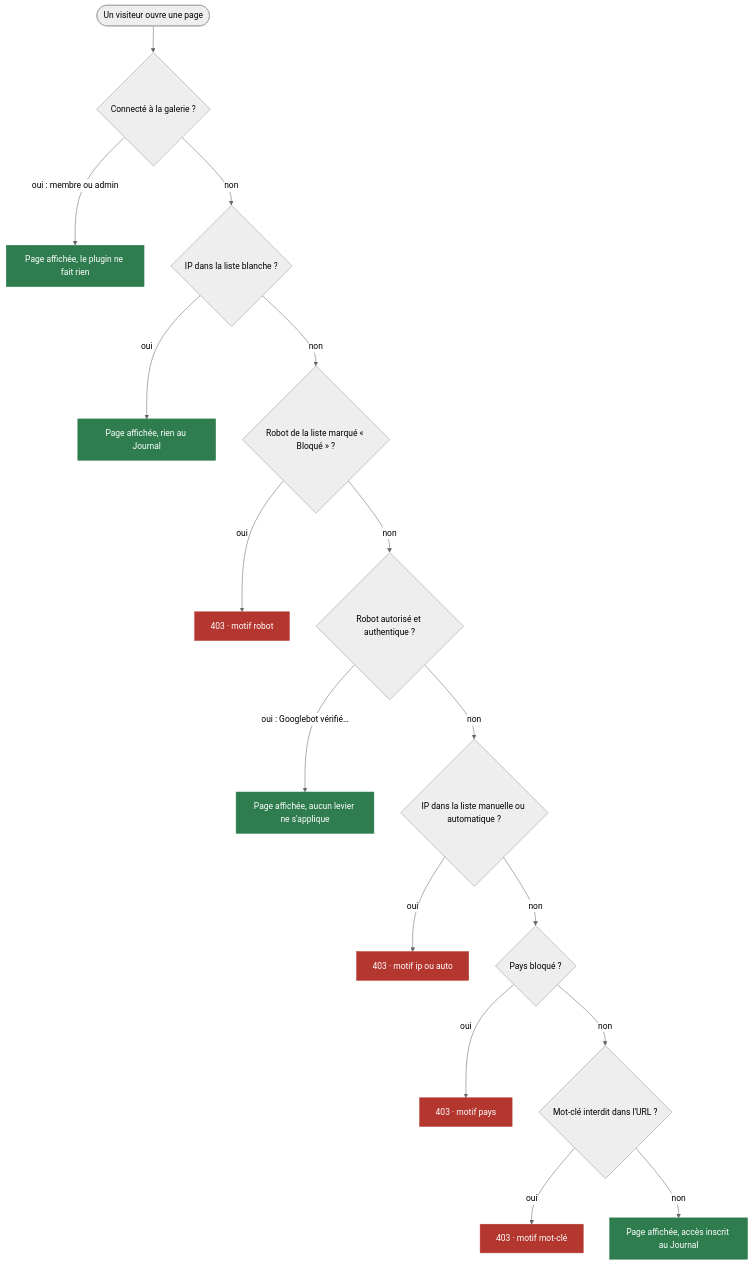
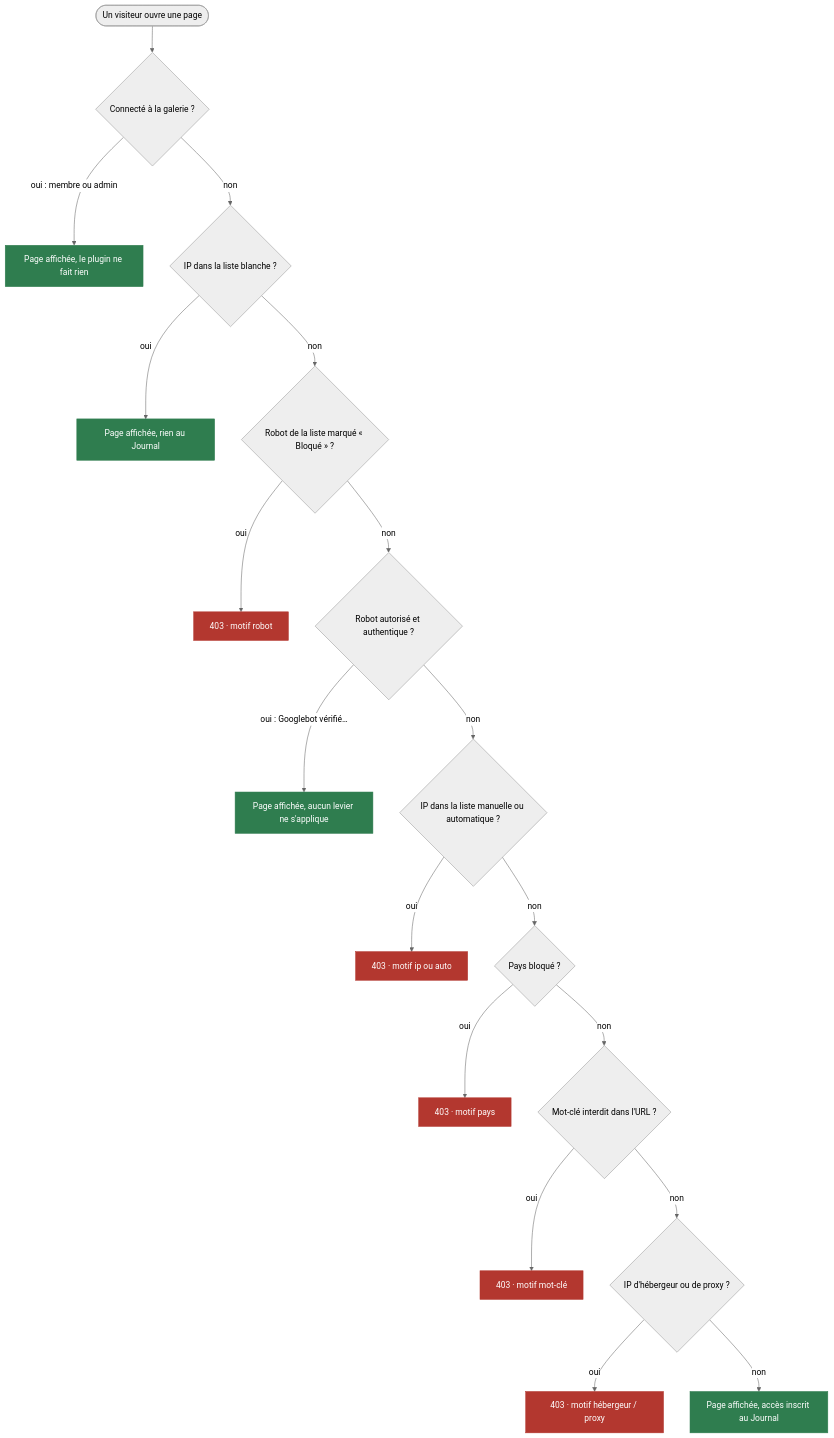
The first of 2 diagrams in README.md (Charles69-piwigo/ip_location), drawn with Mermaid (neutral theme) before and after one commit. The commit also changed other lines of this file and 12 other files, not shown here.

First line of the commit message:
v2.9 - IP d'hébergeur et de proxy, journal PhotoSwipe réparé

````diff
--- a/README.md
+++ b/README.md
@@ -24,23 +24,25 @@
 ```mermaid
 flowchart TD
   A(["Un visiteur ouvre une page"]) --> B{"Connecté à la galerie ?"}
   B -- "oui : membre ou admin" --> OK0["Page affichée, le plugin ne fait rien"]
   B -- non --> C{"IP dans la liste blanche ?"}
   C -- oui --> OK1["Page affichée, rien au Journal"]
   C -- non --> D{"Robot de la liste marqué « Bloqué » ?"}
   D -- oui --> X1["403 · motif robot"]
   D -- non --> E{"Robot autorisé et authentique ?"}
   E -- "oui : Googlebot vérifié…" --> OK2["Page affichée, aucun levier ne s'applique"]
   E -- non --> F{"IP dans la liste manuelle ou automatique ?"}
   F -- oui --> X2["403 · motif ip ou auto"]
   F -- non --> G{"Pays bloqué ?"}
   G -- oui --> X3["403 · motif pays"]
   G -- non --> H{"Mot-clé interdit dans l'URL ?"}
   H -- oui --> X4["403 · motif mot-clé"]
-  H -- non --> OK3["Page affichée, accès inscrit au Journal"]
+  H -- non --> I{"IP d'hébergeur ou de proxy ?"}
+  I -- oui --> X5["403 · motif hébergeur / proxy"]
+  I -- non --> OK3["Page affichée, accès inscrit au Journal"]
 
   classDef ok fill:#2f7d4f,stroke:#2f7d4f,color:#ffffff
   classDef stop fill:#b3372f,stroke:#b3372f,color:#ffffff
   class OK0,OK1,OK2,OK3 ok
-  class X1,X2,X3,X4 stop
+  class X1,X2,X3,X4,X5 stop
 ```
````
